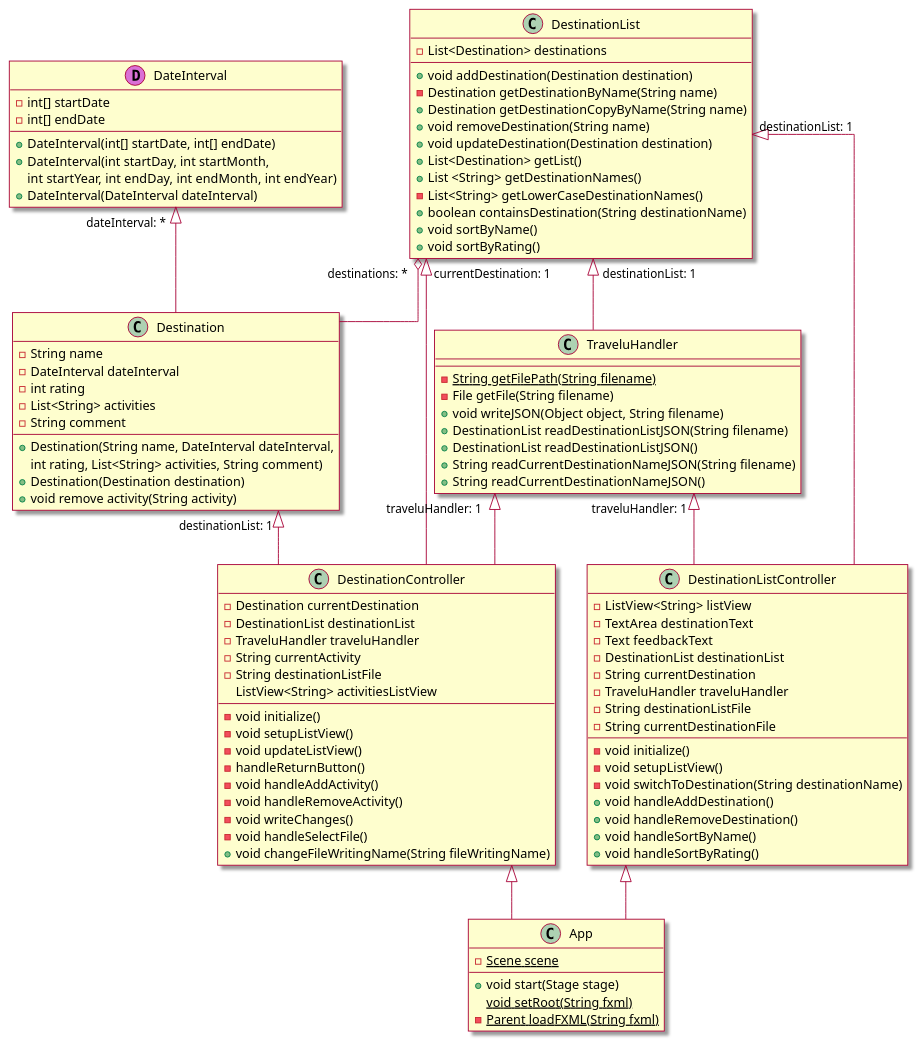
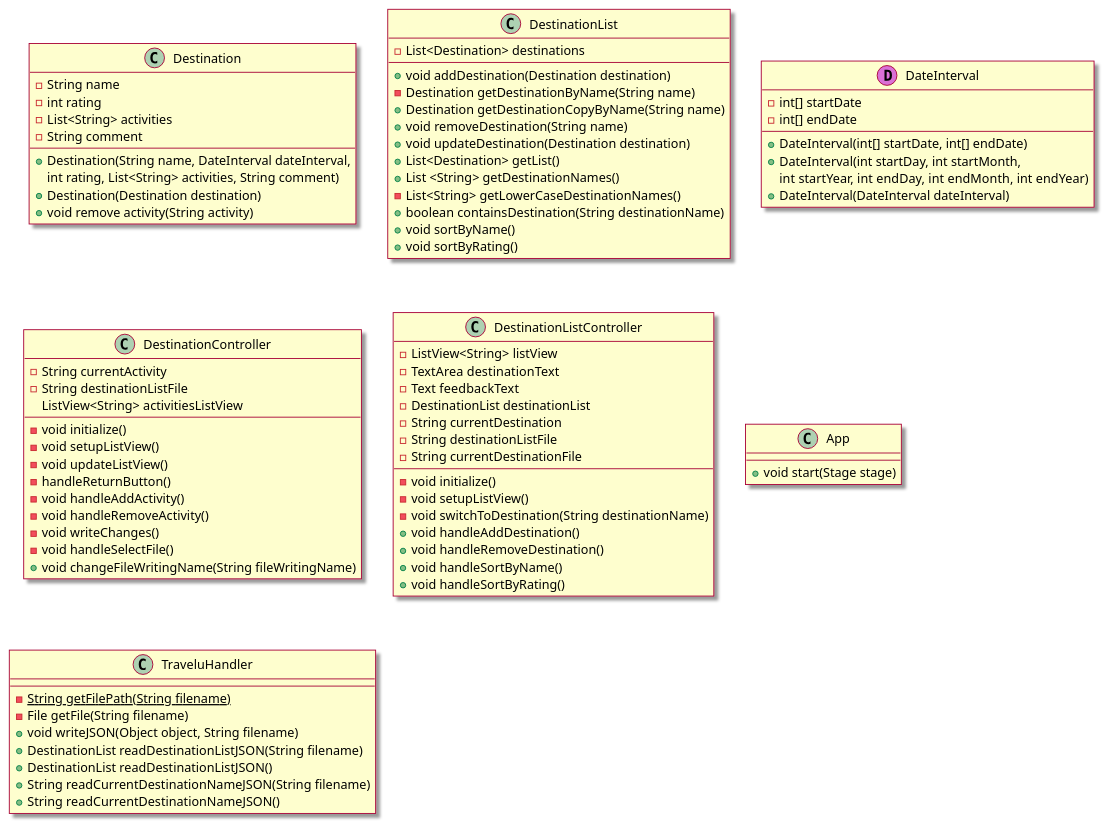
The diagram in docs/classDiagram.plantuml (tbwiik/Travelu), drawn with PlantUML before and after one commit. The commit also changed 4 other files, not shown here.

Commit message:
docs: divide into separate class diagrams

```diff
--- a/docs/classDiagram.plantuml
+++ b/docs/classDiagram.plantuml
@@ -1,107 +1,99 @@
-@startuml classDiagram
+@startuml cdMain
 
 skin rose
 
 class Destination {
     - String name
-    - DateInterval dateInterval
     - int rating
     - List<String> activities 
     - String comment
     + Destination(String name, DateInterval dateInterval, 
     int rating, List<String> activities, String comment)
     + Destination(Destination destination)
     + void remove activity(String activity)
 }
 
 class DestinationList {
     -List<Destination> destinations
     + void addDestination(Destination destination)
     - Destination getDestinationByName(String name)
     + Destination getDestinationCopyByName(String name)
     + void removeDestination(String name)
     + void updateDestination(Destination destination)
     + List<Destination> getList()
     + List <String> getDestinationNames()
     - List<String> getLowerCaseDestinationNames()
     + boolean containsDestination(String destinationName)
     + void sortByName()
     + void sortByRating()
 }
 
 class DateInterval << (D,orchid) >> {
     - int[] startDate
     - int[] endDate
     + DateInterval(int[] startDate, int[] endDate)
     + DateInterval(int startDay, int startMonth, 
     int startYear, int endDay, int endMonth, int endYear)
     + DateInterval(DateInterval dateInterval)
 }
 
 class DestinationController {
-    - Destination currentDestination
-    - DestinationList destinationList
-    - TraveluHandler traveluHandler
     - String currentActivity
     - String destinationListFile
     ListView<String> activitiesListView
     - void initialize()
     - void setupListView()
     - void updateListView()
     - handleReturnButton()
     - void handleAddActivity()
     - void handleRemoveActivity()
     - void writeChanges()
     - void handleSelectFile()
     + void changeFileWritingName(String fileWritingName)
 } 
 
 class DestinationListController {
     - ListView<String> listView
     - TextArea destinationText
     - Text feedbackText
     - DestinationList destinationList
     - String currentDestination
-    - TraveluHandler traveluHandler
     - String destinationListFile
     - String currentDestinationFile
     - void initialize()
     - void setupListView()
     - void switchToDestination(String destinationName)
     + void handleAddDestination()
     + void handleRemoveDestination()
     + void handleSortByName()
     + void handleSortByRating()
 }
 
 class App {
-    - {static} Scene scene
     + void start(Stage stage)
-    {static} void setRoot(String fxml)
-    - {static} Parent loadFXML(String fxml)
 }
 
 class TraveluHandler {
     - {static} String getFilePath(String filename)
     - File getFile(String filename)
     + void writeJSON(Object object, String filename)
     + DestinationList readDestinationListJSON(String filename)
     + DestinationList readDestinationListJSON()
     + String readCurrentDestinationNameJSON(String filename)
     + String readCurrentDestinationNameJSON()
 }
 
-DateInterval "dateInterval: *  " <|-- Destination
-DestinationList "destinations: *" o-- Destination
-Destination "destinationList: 1   " <|-- DestinationController
-DestinationList "    currentDestination: 1" <|-- DestinationController
-TraveluHandler "traveluHandler: 1" <|-- DestinationController
-DestinationList "destinationList: 1" <|-- DestinationListController
-TraveluHandler "traveluHandler: 1   " <|-- DestinationListController
-DestinationList "  destinationList: 1" <|-- TraveluHandler
-DestinationController <|-- App 
-DestinationListController <|-- App 
+' DateInterval "dateInterval: *  " <-- Destination
+' DestinationList --o "destinations: *" Destination
+' Destination "currentDestination: 1   " <-- DestinationController
+' DestinationList "destinationList: 1" <-- DestinationController
+' TraveluHandler "traveluHandler: 1" <-- DestinationController
+' DestinationList "destinationList: 1" <-- DestinationListController
+' TraveluHandler "traveluHandler: 1   " <-- DestinationListController
+' DestinationList "  destinationList: 1" <-- TraveluHandler
+' DestinationController <-- App 
+' DestinationListController <-- App 
 
 skinparam linetype ortho
 
 @enduml
```
